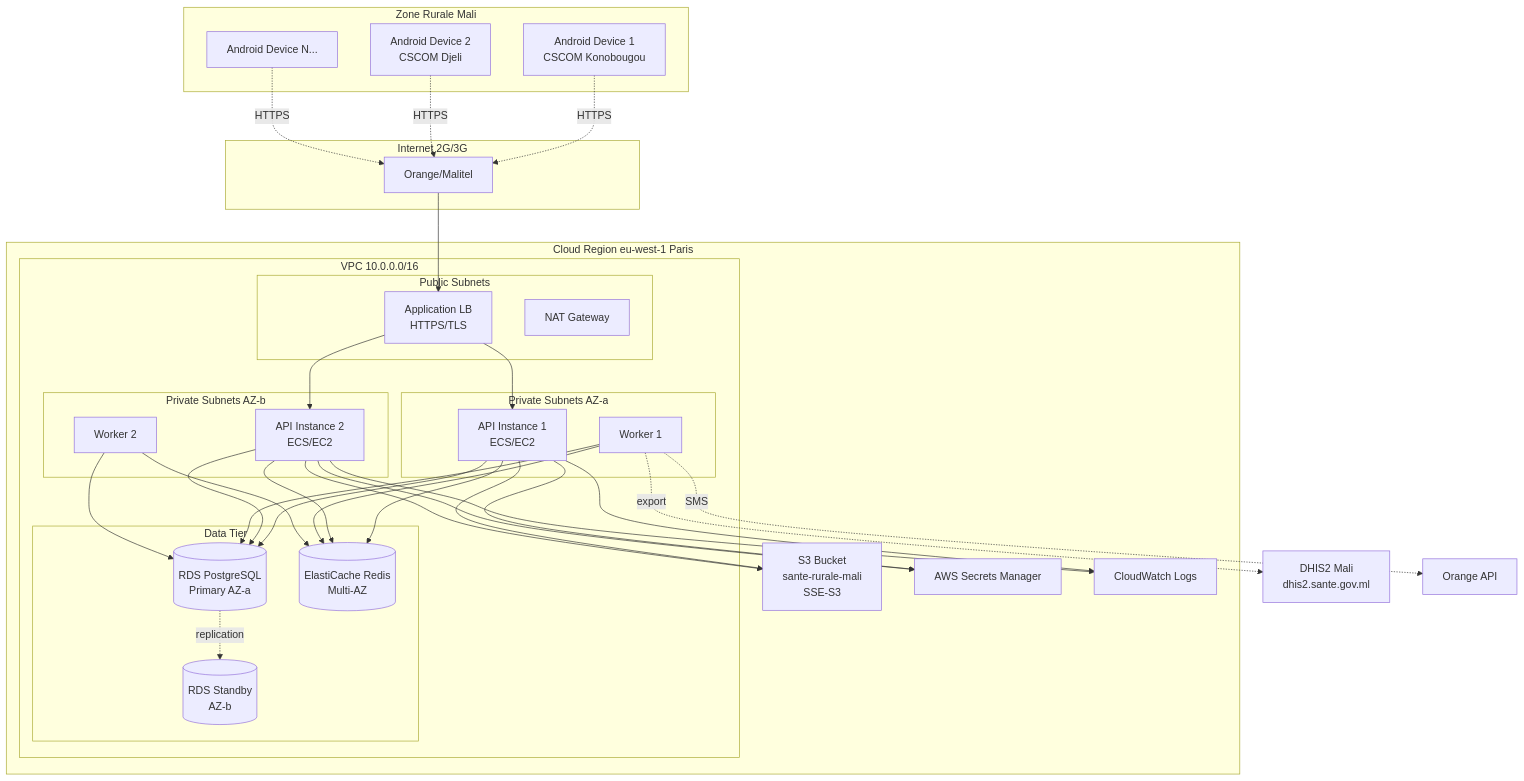
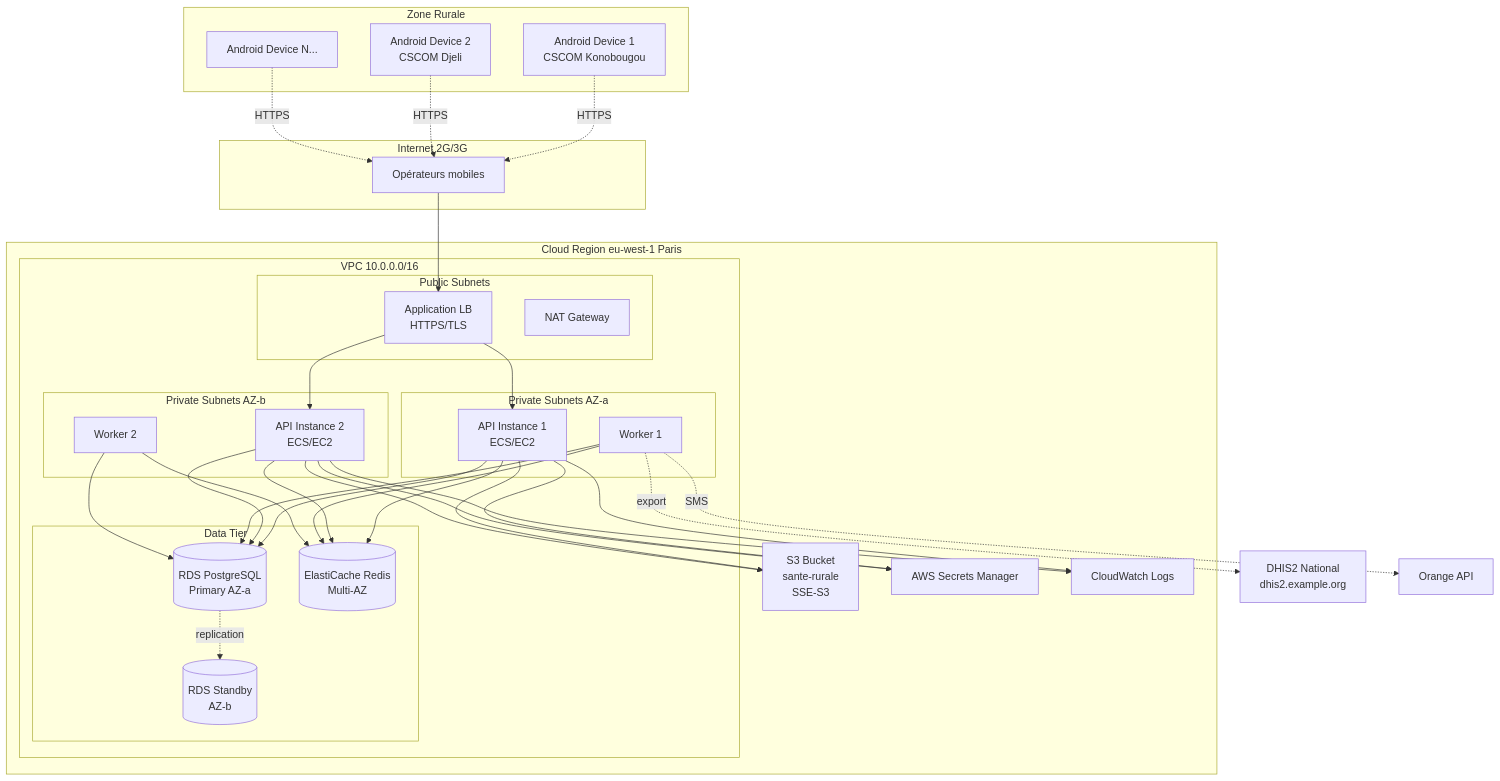
Before and after one commit to ddabo7/SanteRurale: the second of 5 diagrams in docs/architecture.md, drawn with Mermaid. The commit also changed other lines of this file and 55 other files, not shown here.

````diff
--- a/docs/architecture.md
+++ b/docs/architecture.md
@@ -84,68 +84,68 @@
 ```mermaid
 graph TB
-    subgraph "Zone Rurale Mali"
+    subgraph "Zone Rurale"
         DEVICE1[Android Device 1<br/>CSCOM Konobougou]
         DEVICE2[Android Device 2<br/>CSCOM Djeli]
         DEVICE3[Android Device N...]
     end
 
     subgraph "Internet 2G/3G"
-        ISP[Orange/Malitel]
+        ISP[Opérateurs mobiles]
     end
 
     subgraph "Cloud Region eu-west-1 Paris"
         subgraph "VPC 10.0.0.0/16"
             subgraph "Public Subnets"
                 ALB[Application LB<br/>HTTPS/TLS]
                 NAT[NAT Gateway]
             end
 
             subgraph "Private Subnets AZ-a"
                 API1[API Instance 1<br/>ECS/EC2]
                 WORKER1[Worker 1]
             end
 
             subgraph "Private Subnets AZ-b"
                 API2[API Instance 2<br/>ECS/EC2]
                 WORKER2[Worker 2]
             end
 
             subgraph "Data Tier"
                 RDS_PRIMARY[(RDS PostgreSQL<br/>Primary AZ-a)]
                 RDS_STANDBY[(RDS Standby<br/>AZ-b)]
                 REDIS_CLUSTER[(ElastiCache Redis<br/>Multi-AZ)]
             end
         end
 
-        S3_BUCKET[S3 Bucket<br/>sante-rurale-mali<br/>SSE-S3]
+        S3_BUCKET[S3 Bucket<br/>sante-rurale<br/>SSE-S3]
         SECRETS[AWS Secrets Manager]
         CLOUDWATCH[CloudWatch Logs]
 
         ALB --> API1
         ALB --> API2
         API1 --> RDS_PRIMARY
         API2 --> RDS_PRIMARY
         RDS_PRIMARY -.replication.-> RDS_STANDBY
         API1 --> REDIS_CLUSTER
         API2 --> REDIS_CLUSTER
         API1 --> S3_BUCKET
         API2 --> S3_BUCKET
         WORKER1 --> RDS_PRIMARY
         WORKER2 --> RDS_PRIMARY
         WORKER1 --> REDIS_CLUSTER
         WORKER2 --> REDIS_CLUSTER
 
         API1 --> SECRETS
         API2 --> SECRETS
         API1 --> CLOUDWATCH
         API2 --> CLOUDWATCH
     end
 
     DEVICE1 -.HTTPS.-> ISP
     DEVICE2 -.HTTPS.-> ISP
     DEVICE3 -.HTTPS.-> ISP
     ISP --> ALB
 
-    WORKER1 -.export.-> DHIS2_EXTERNAL[DHIS2 Mali<br/>dhis2.sante.gov.ml]
+    WORKER1 -.export.-> DHIS2_EXTERNAL[DHIS2 National<br/>dhis2.example.org]
     WORKER1 -.SMS.-> SMS_GATEWAY[Orange API]
 ```
````
